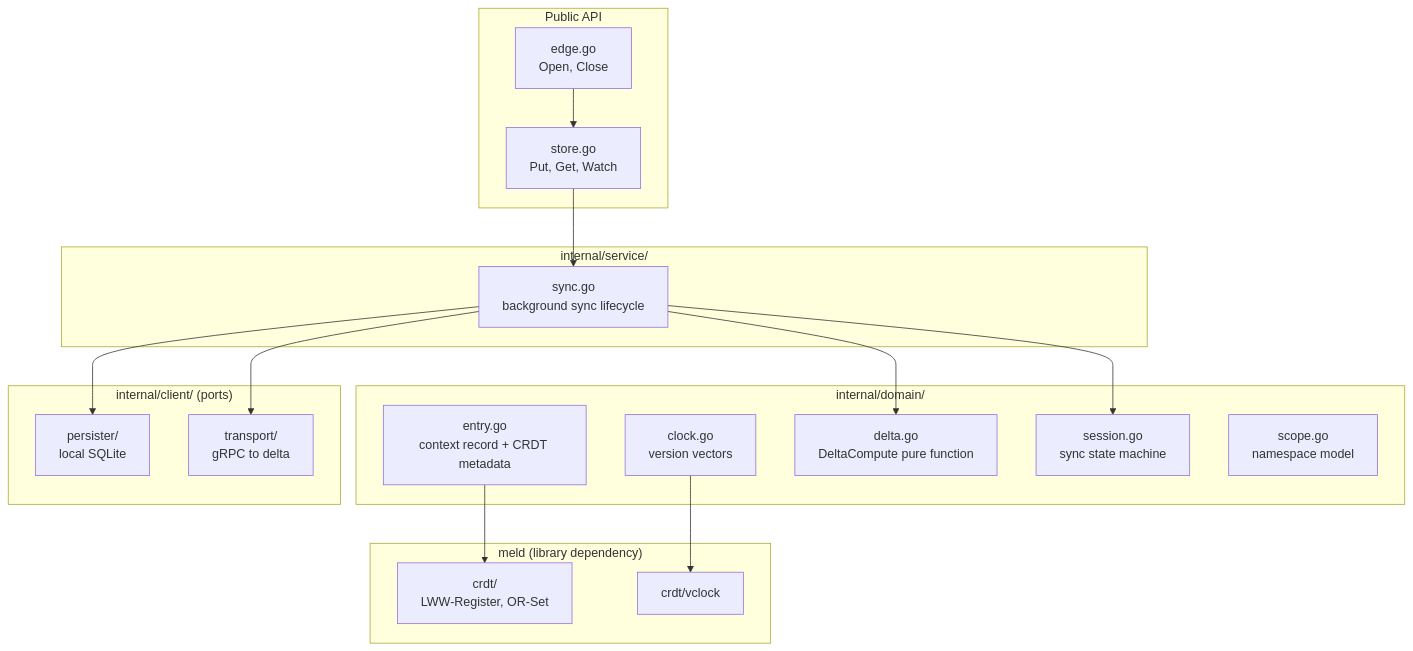
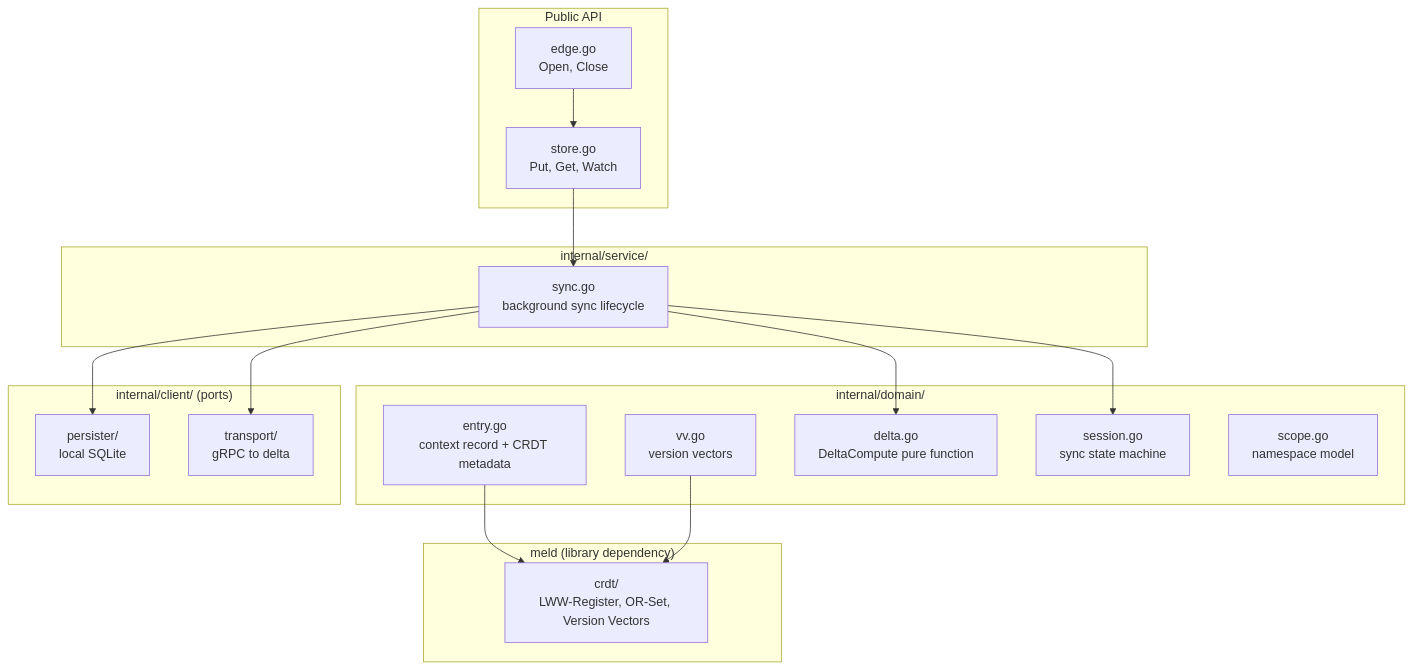
One commit to w-h-a/edge changed the first of 3 diagrams in README.md. Above: the diagram before and after it, drawn with Mermaid. The commit also changed 2 other files, not shown here.

Commit message:
docs: update README (#5)

````diff
--- a/README.md
+++ b/README.md
@@ -24,38 +24,37 @@
 ```mermaid
 graph TD
     subgraph "Public API"
         EDGE[edge.go<br/>Open, Close]
         STORE[store.go<br/>Put, Get, Watch]
     end
 
     subgraph "internal/domain/"
         ENT[entry.go<br/>context record + CRDT metadata]
-        CLK[clock.go<br/>version vectors]
+        VER[vv.go<br/>version vectors]
         DLT[delta.go<br/>DeltaCompute pure function]
         SES[session.go<br/>sync state machine]
         SCP[scope.go<br/>namespace model]
     end
 
     subgraph "internal/service/"
         SYN[sync.go<br/>background sync lifecycle]
     end
 
     subgraph "internal/client/ (ports)"
         PER[persister/<br/>local SQLite]
         TRA[transport/<br/>gRPC to delta]
     end
 
     subgraph "meld (library dependency)"
-        CRDT[crdt/<br/>LWW-Register, OR-Set]
-        VC[crdt/vclock]
+        CRDT[crdt/<br/>LWW-Register, OR-Set, Version Vectors]
     end
 
     EDGE --> STORE
     STORE --> SYN
     SYN --> DLT
     SYN --> SES
     SYN --> TRA
     SYN --> PER
     ENT --> CRDT
-    CLK --> VC
+    VER --> CRDT
 ```
````
